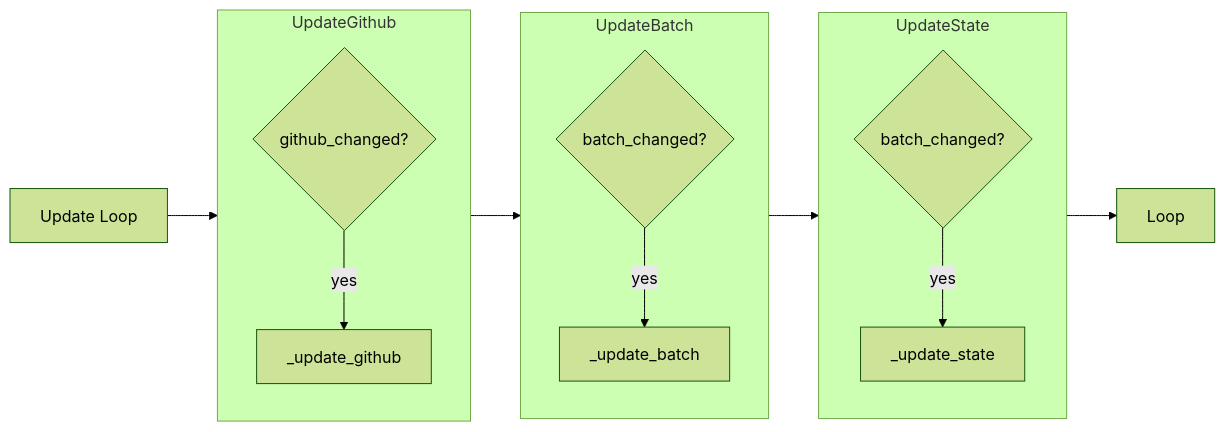
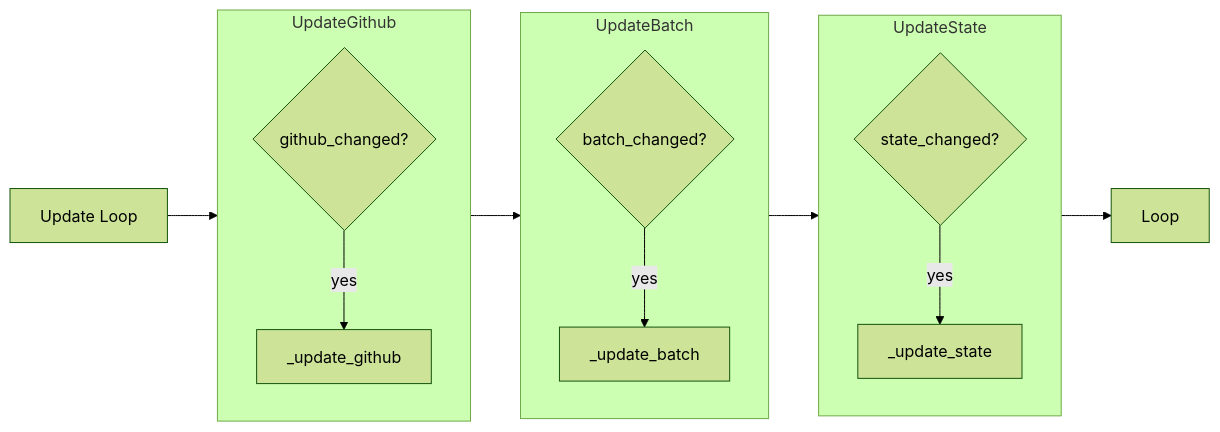
The third of 8 diagrams in dev-docs/services/ci/README.md (hail-is/hail), drawn with Mermaid (forest theme) before and after one commit.

Commit message:
Copy/pasta

````diff
--- a/dev-docs/services/ci/README.md
+++ b/dev-docs/services/ci/README.md
@@ -295,21 +295,21 @@
 ```mermaid
 flowchart LR
     UpdateLoop[Update Loop]
     
     UpdateLoop --> UpdateGithub
     subgraph UpdateGithub
         GithubChanged{github_changed?} -->|yes| _update_github
     end
     
     UpdateGithub --> UpdateBatch
     subgraph UpdateBatch
         BatchChanged{batch_changed?} -->|yes| _update_batch
     end
 
     UpdateBatch --> UpdateState
     subgraph UpdateState
-        StateChanged{batch_changed?} -->|yes| _update_state
+        StateChanged{state_changed?} -->|yes| _update_state
     end
 
     UpdateState --> Loop
 ```
````
